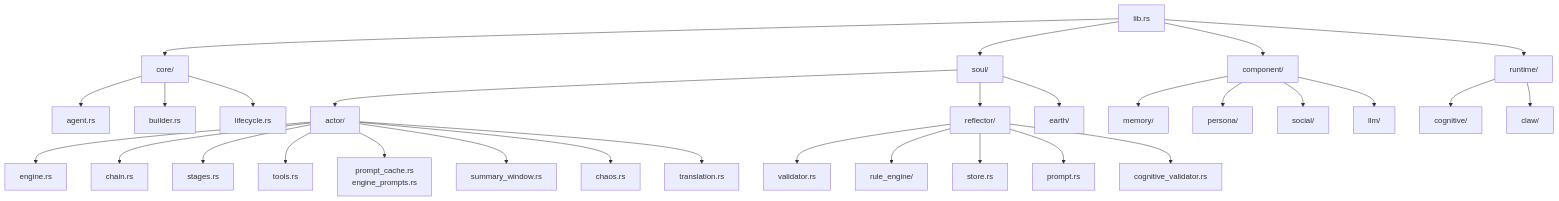
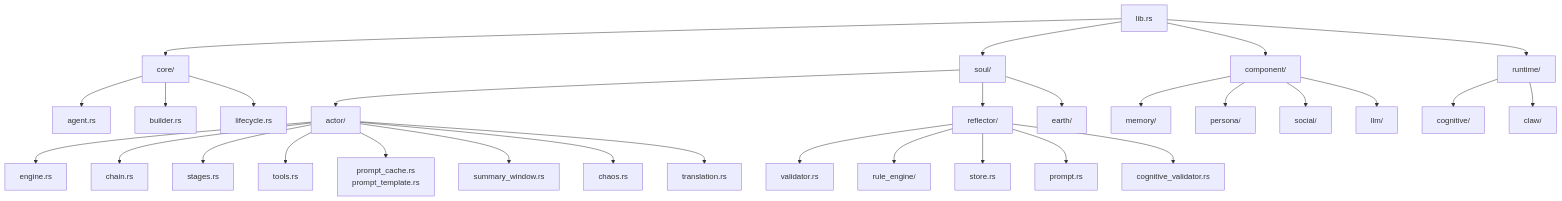
One commit to 8kugames/Cyber-Jianghu changed diagram 11 of 14 in docs/features/flow.md. Above: the diagram before and after it, drawn with Mermaid. The commit also changed other lines of this file and 6 other files, not shown here.

````diff
--- a/docs/features/flow.md
+++ b/docs/features/flow.md
@@ -304,38 +304,38 @@
 ```mermaid
 graph TB
     lib["lib.rs"] --> core["core/"]
     lib --> soul["soul/"]
     lib --> component["component/"]
     lib --> runtime["runtime/"]
 
     core --> agent["agent.rs"]
     core --> builder["builder.rs"]
     core --> lifecycle["lifecycle.rs"]
 
     soul --> actor["actor/"]
     soul --> reflector["reflector/"]
     soul --> earth["earth/"]
 
     actor --> engine["engine.rs"]
     actor --> chain["chain.rs"]
     actor --> stages["stages.rs"]
     actor --> tools["tools.rs"]
-    actor --> prompts["prompt_cache.rs<br/>engine_prompts.rs"]
+    actor --> prompts["prompt_cache.rs<br/>prompt_template.rs"]
     actor --> summary["summary_window.rs"]
     actor --> chaos["chaos.rs"]
     actor --> translation["translation.rs"]
 
     reflector --> validator["validator.rs"]
     reflector --> rule_eng["rule_engine/"]
     reflector --> store["store.rs"]
     reflector --> prompt["prompt.rs"]
     reflector --> cog_val["cognitive_validator.rs"]
 
     component --> memory["memory/"]
     component --> persona["persona/"]
     component --> social["social/"]
     component --> llm["llm/"]
 
     runtime --> cognitive["cognitive/"]
     runtime --> claw["claw/"]
 ```
````
